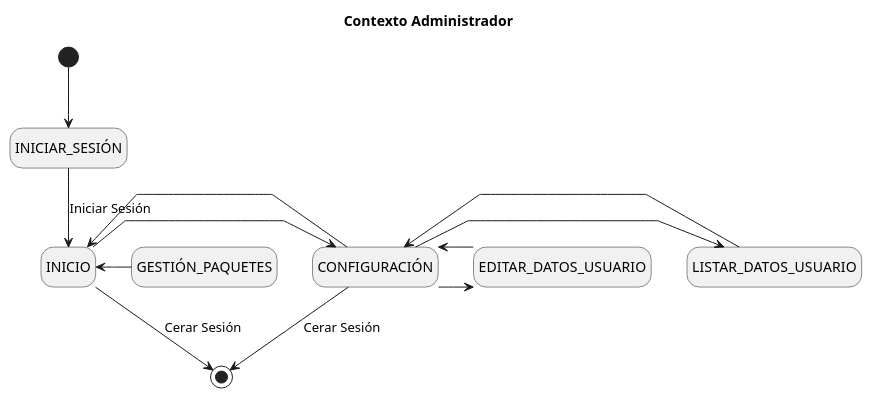
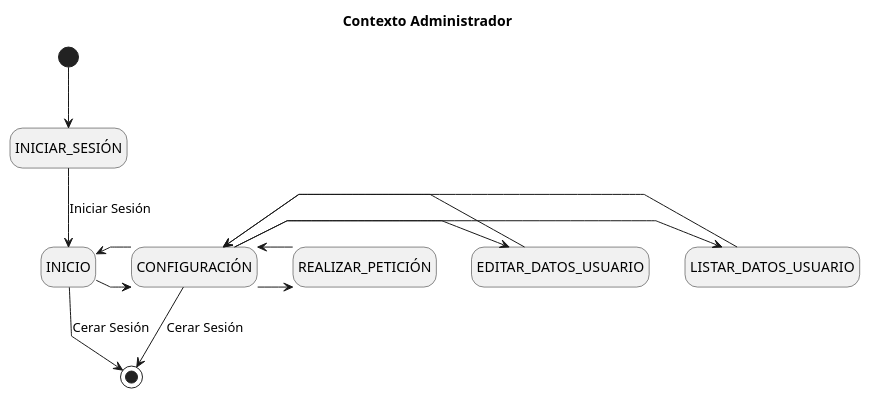
One commit to mmasias/23-24-IdSw1-SDR changed the diagram in Caso_de_Uso/Contexto/Administrador/Configuracion/Contexto.puml. Above: the diagram before and after it, drawn with PlantUML. The commit also changed 5 other files, not shown here.

Commit message:
Add "REALIZAR_PETICIÓN" functionality to CONFIGURACIÓN in Contexto.puml files

```diff
--- a/Caso_de_Uso/Contexto/Administrador/Configuracion/Contexto.puml
+++ b/Caso_de_Uso/Contexto/Administrador/Configuracion/Contexto.puml
@@ -1,28 +1,28 @@
 @startuml Contexto
 title Contexto Administrador
 
 skinparam {
     NoteBackgroundColor #whiteSmoke
     NoteBorderColor #green
     linetype polyline
 }
 
 hide empty description
 
 [*] --> INICIAR_SESIÓN
 INICIAR_SESIÓN --> INICIO : Iniciar Sesión
 
-INICIO <- GESTIÓN_PAQUETES
 INICIO -> CONFIGURACIÓN
 INICIO <- CONFIGURACIÓN
 
 CONFIGURACIÓN -> LISTAR_DATOS_USUARIO
 CONFIGURACIÓN <- LISTAR_DATOS_USUARIO
 CONFIGURACIÓN -> EDITAR_DATOS_USUARIO
 CONFIGURACIÓN <- EDITAR_DATOS_USUARIO
-
+CONFIGURACIÓN -> REALIZAR_PETICIÓN
+CONFIGURACIÓN <- REALIZAR_PETICIÓN
 
 INICIO --> [*] : Cerar Sesión
 CONFIGURACIÓN --> [*] : Cerar Sesión
 
 @enduml
```
